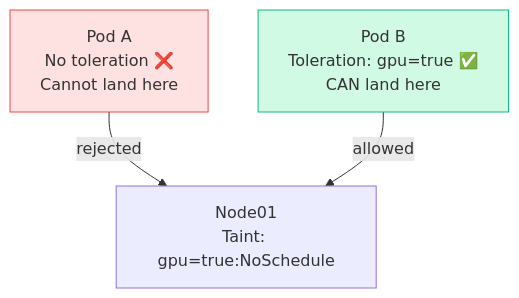
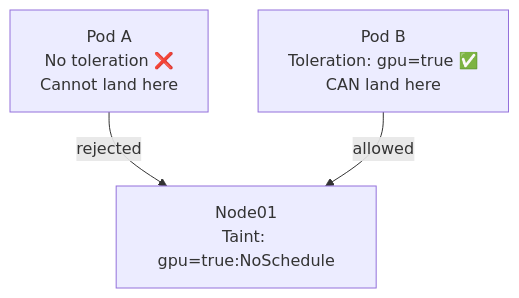
Before and after one commit to Gautam4424/k8slearn-content: the diagram in content/cka/05-scheduling-where-pods-land/52-taints-tolerations/52-taints-tolerations.md, drawn with Mermaid. The commit also changed 40 other files, not shown here.

Commit message:
chore: fix mermaid style regex

````diff
--- a/content/cka/05-scheduling-where-pods-land/52-taints-tolerations/52-taints-tolerations.md
+++ b/content/cka/05-scheduling-where-pods-land/52-taints-tolerations/52-taints-tolerations.md
@@ -21,10 +21,8 @@
 ```mermaid
 flowchart TD
     NODE["Node01\nTaint: gpu=true:NoSchedule"]
     P1["Pod A\nNo toleration ❌\nCannot land here"]
     P2["Pod B\nToleration: gpu=true ✅\nCAN land here"]
     P1 -->|rejected| NODE
     P2 -->|allowed| NODE
-    style P1 fill:#fee2e2,stroke:#ef4444
-    style P2 fill:#d1fae5,stroke:#10b981
 ```
````
